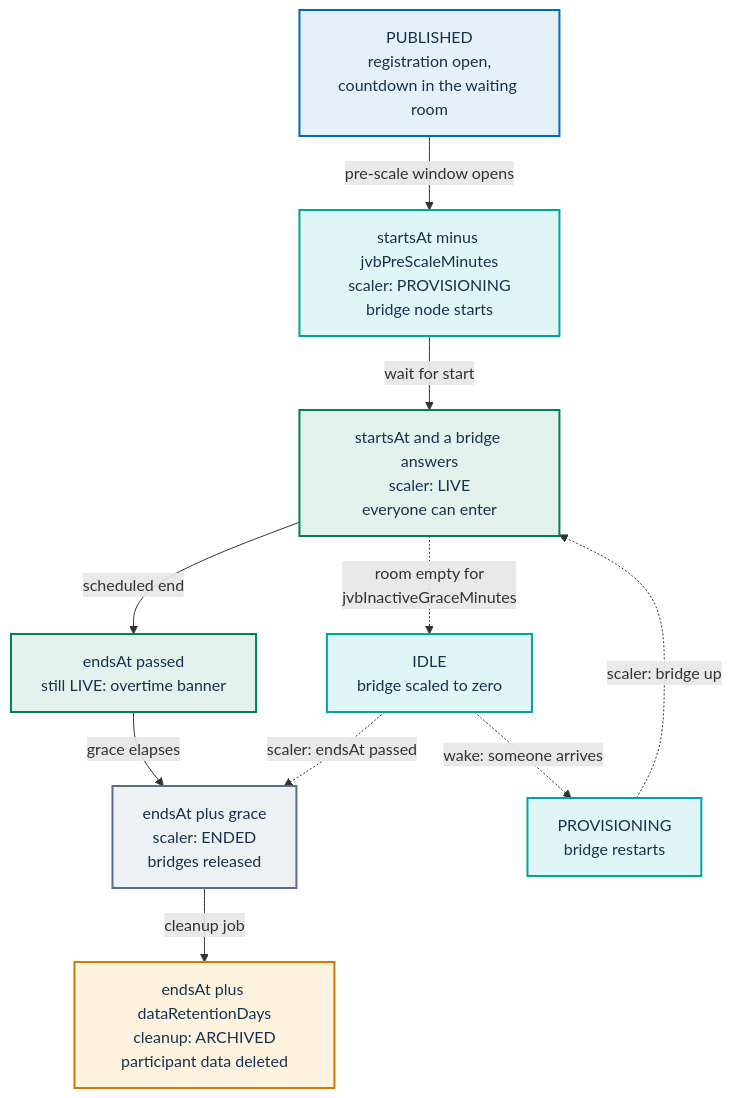
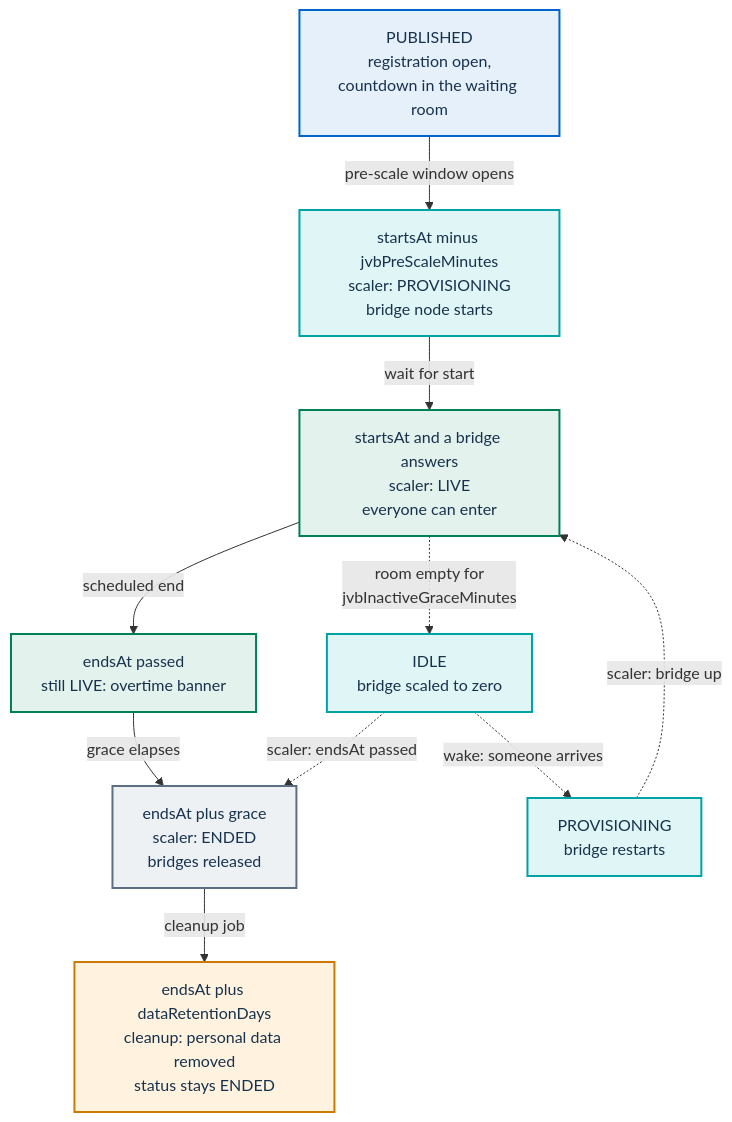
One commit to italia/pa-webinar changed the fourth of 4 diagrams in docs/architecture/event-lifecycle.md. Above: the diagram before and after it, drawn with Mermaid. The commit also changed other lines of this file and 14 other files, not shown here.

````diff
--- a/docs/architecture/event-lifecycle.md
+++ b/docs/architecture/event-lifecycle.md
@@ -289,29 +289,29 @@
 ```mermaid
 flowchart TB
   classDef human fill:#E6F0FA,stroke:#0066CC,stroke-width:2px,color:#17324D
   classDef auto fill:#E0F5F5,stroke:#00A3A3,stroke-width:2px,color:#17324D
   classDef live fill:#E3F2EC,stroke:#008055,stroke-width:2px,color:#17324D
   classDef terminal fill:#EEF1F4,stroke:#5C6F82,stroke-width:2px,color:#17324D
   classDef cron fill:#FFF3E0,stroke:#CC7A00,stroke-width:2px,color:#17324D
 
   A["PUBLISHED<br/>registration open,<br/>countdown in the waiting room"]:::human
   B["startsAt minus jvbPreScaleMinutes<br/>scaler: PROVISIONING<br/>bridge node starts"]:::auto
   C["startsAt and a bridge answers<br/>scaler: LIVE<br/>everyone can enter"]:::live
   D["endsAt passed<br/>still LIVE: overtime banner"]:::live
   E["endsAt plus grace<br/>scaler: ENDED<br/>bridges released"]:::terminal
-  F["endsAt plus dataRetentionDays<br/>cleanup: ARCHIVED<br/>participant data deleted"]:::cron
+  F["endsAt plus dataRetentionDays<br/>cleanup: personal data removed<br/>status stays ENDED"]:::cron
 
   I["IDLE<br/>bridge scaled to zero"]:::auto
   W["PROVISIONING<br/>bridge restarts"]:::auto
 
   A -->|"pre-scale window opens"| B
   B -->|"wait for start"| C
   C -->|"scheduled end"| D
   D -->|"grace elapses"| E
   E -->|"cleanup job"| F
 
   C -.->|"room empty for<br/>jvbInactiveGraceMinutes"| I
   I -.->|"wake: someone arrives"| W
   W -.->|"scaler: bridge up"| C
   I -.->|"scaler: endsAt passed"| E
 ```
````
